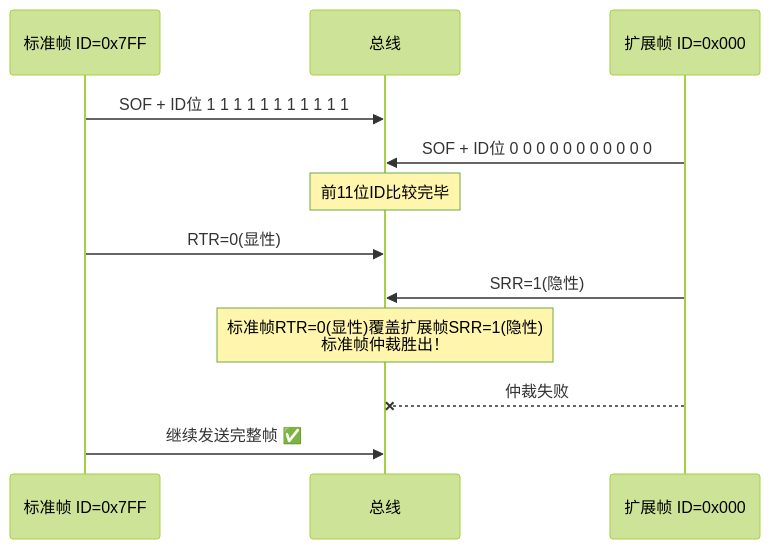
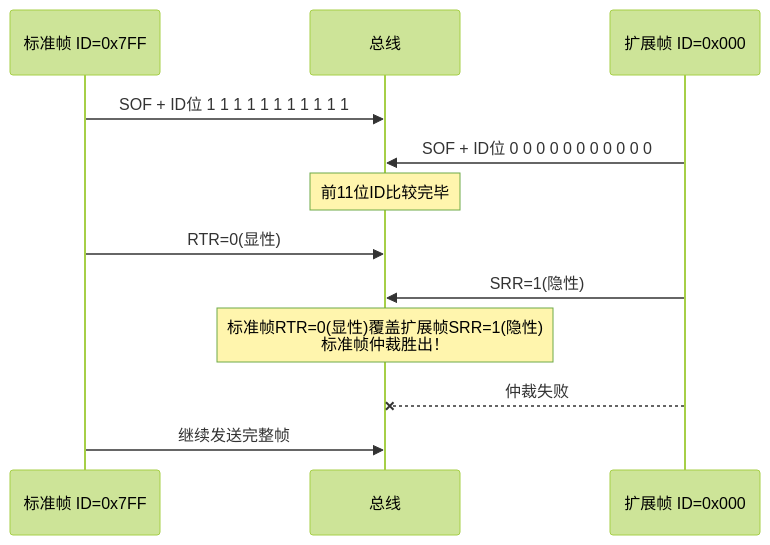
One commit to null42/null42.github.io changed the fourth of 11 diagrams in content/motor/communication/COM-01-CAN-Basics.md. Above: the diagram before and after it, drawn with Mermaid (forest theme). The commit also changed other lines of this file and 1815 other files, not shown here.

````diff
--- a/content/motor/communication/COM-01-CAN-Basics.md
+++ b/content/motor/communication/COM-01-CAN-Basics.md
@@ -185,14 +185,14 @@
 ```mermaid
 sequenceDiagram
     participant Std as 标准帧 ID=0x7FF
     participant Bus as 总线
     participant Ext as 扩展帧 ID=0x000
     Std->>Bus: SOF + ID位 1 1 1 1 1 1 1 1 1 1 1
     Ext->>Bus: SOF + ID位 0 0 0 0 0 0 0 0 0 0 0
     Note over Bus: 前11位ID比较完毕
     Std->>Bus: RTR=0(显性)
     Ext->>Bus: SRR=1(隐性)
     Note over Bus: 标准帧RTR=0(显性)覆盖扩展帧SRR=1(隐性)<br/>标准帧仲裁胜出！
     Ext--xBus: 仲裁失败
-    Std->>Bus: 继续发送完整帧 ✅
+    Std->>Bus: 继续发送完整帧 
 ```
````
